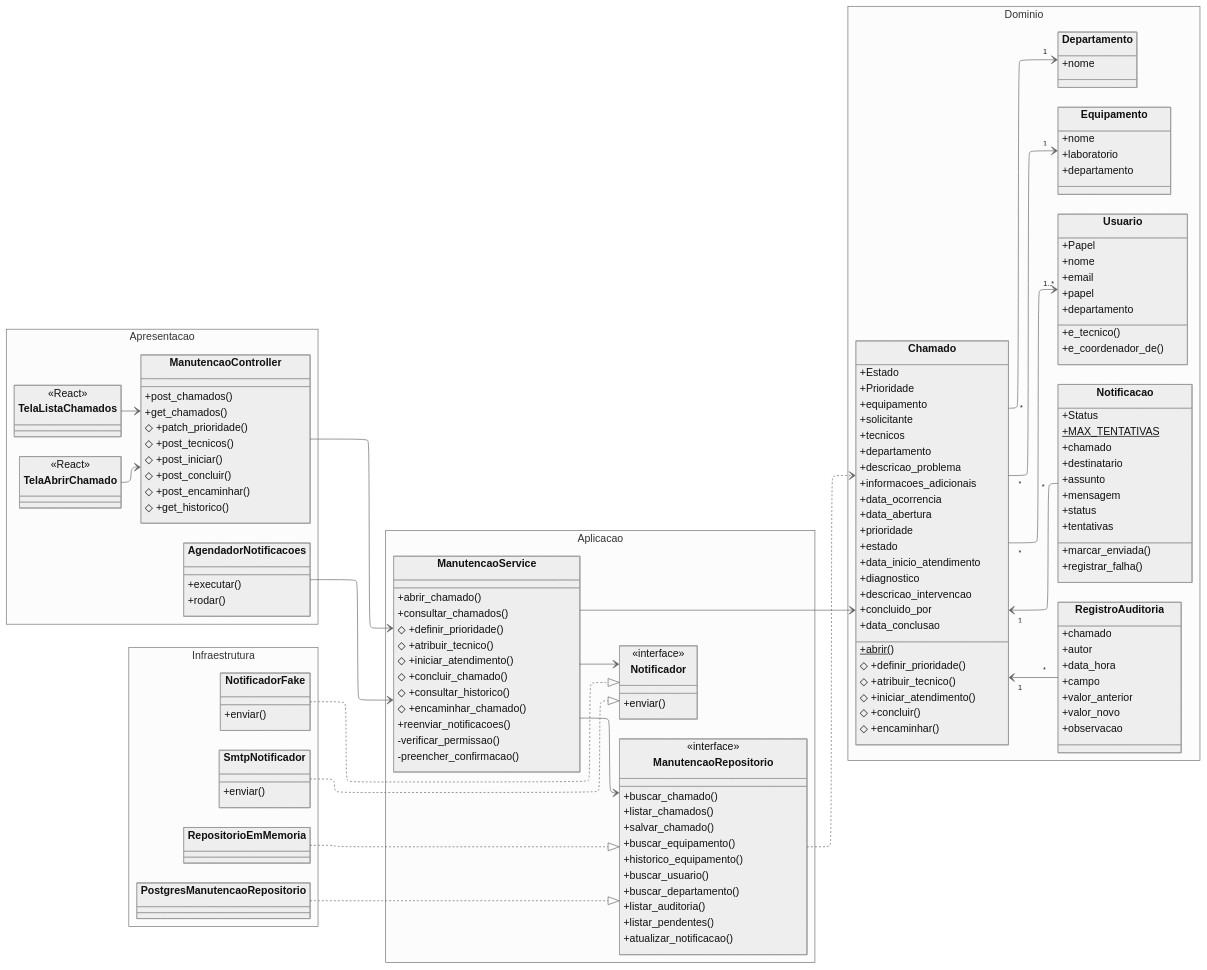
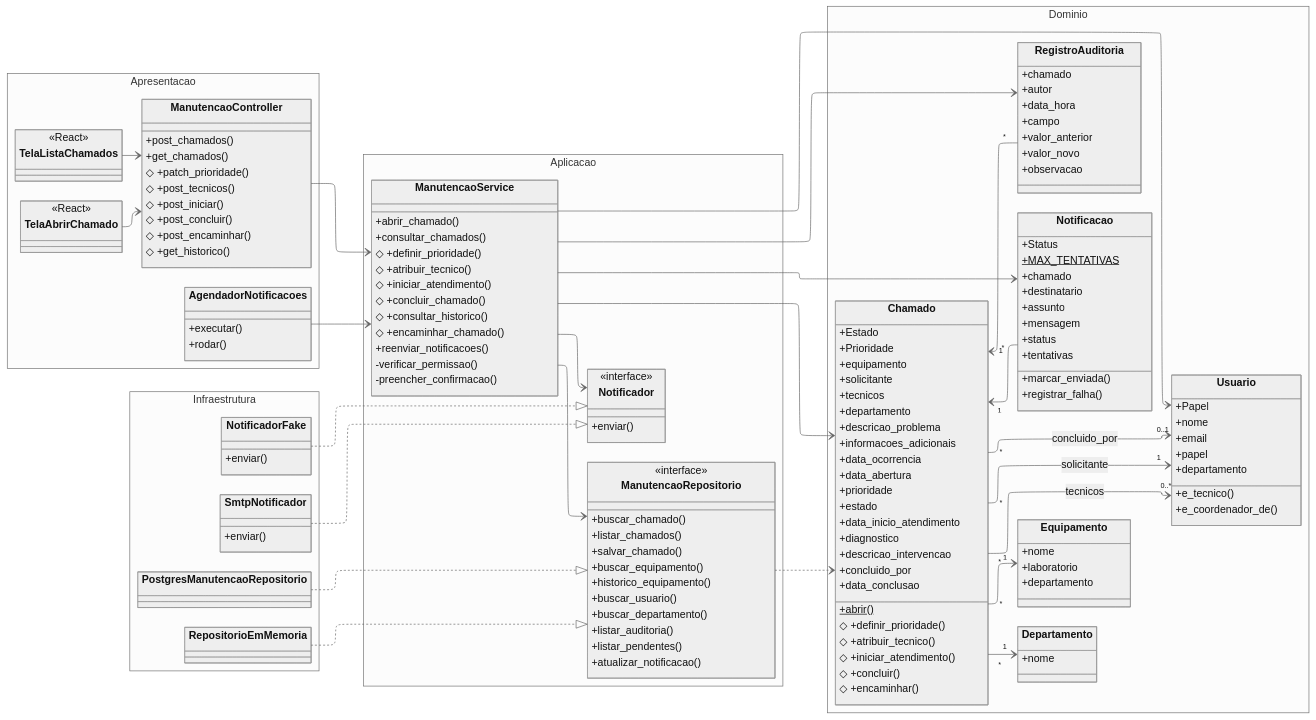
The diagram in docs/diagramas/classes.md (nadialobkov/trabalho-design-software), drawn with Mermaid before and after one commit. The commit also changed other lines of this file and 3 other files, not shown here.

Commit message:
adicionar diagrama de comunicação e verificar diagramas ja existentes

```diff
--- a/docs/diagramas/classes.md
+++ b/docs/diagramas/classes.md
@@ -173,6 +173,9 @@
     ManutencaoService --> ManutencaoRepositorio
     ManutencaoService --> Notificador
     ManutencaoService --> Chamado
+    ManutencaoService --> Usuario
+    ManutencaoService --> RegistroAuditoria
+    ManutencaoService --> Notificacao
     ManutencaoRepositorio ..> Chamado
 
     PostgresManutencaoRepositorio ..|> ManutencaoRepositorio
@@ -181,7 +184,9 @@
     NotificadorFake ..|> Notificador
 
     Chamado "*" --> "1" Equipamento
-    Chamado "*" --> "1..*" Usuario
+    Chamado "*" --> "1" Usuario : solicitante
+    Chamado "*" --> "0..*" Usuario : tecnicos
+    Chamado "*" --> "0..1" Usuario : concluido_por
     Chamado "*" --> "1" Departamento
     Chamado "1" <-- "*" Notificacao
     Chamado "1" <-- "*" RegistroAuditoria
```
